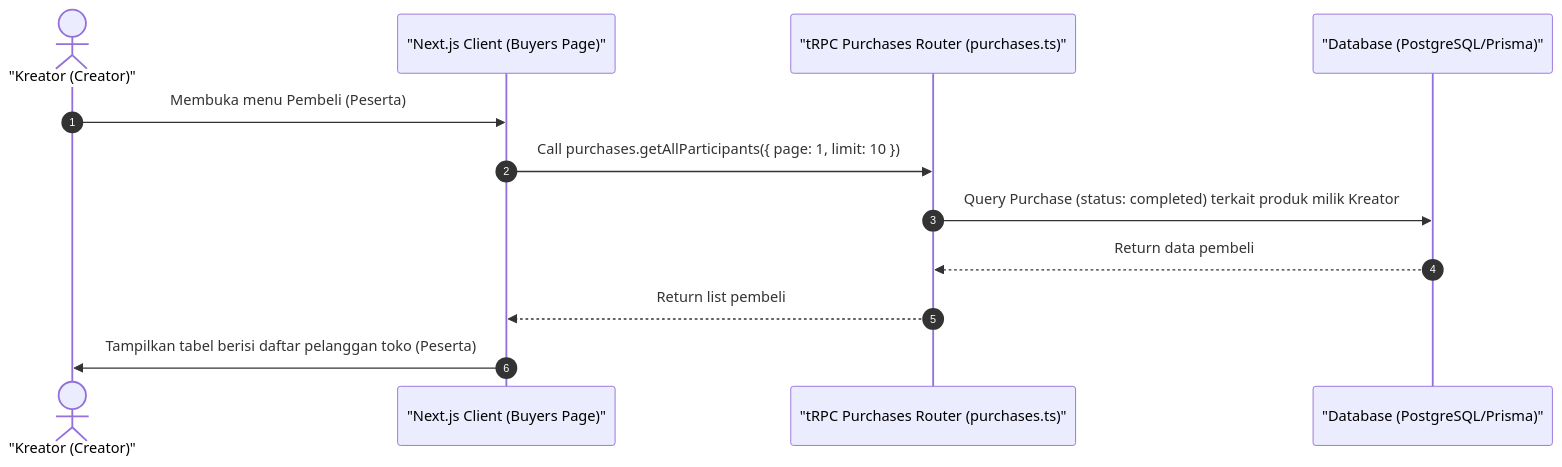
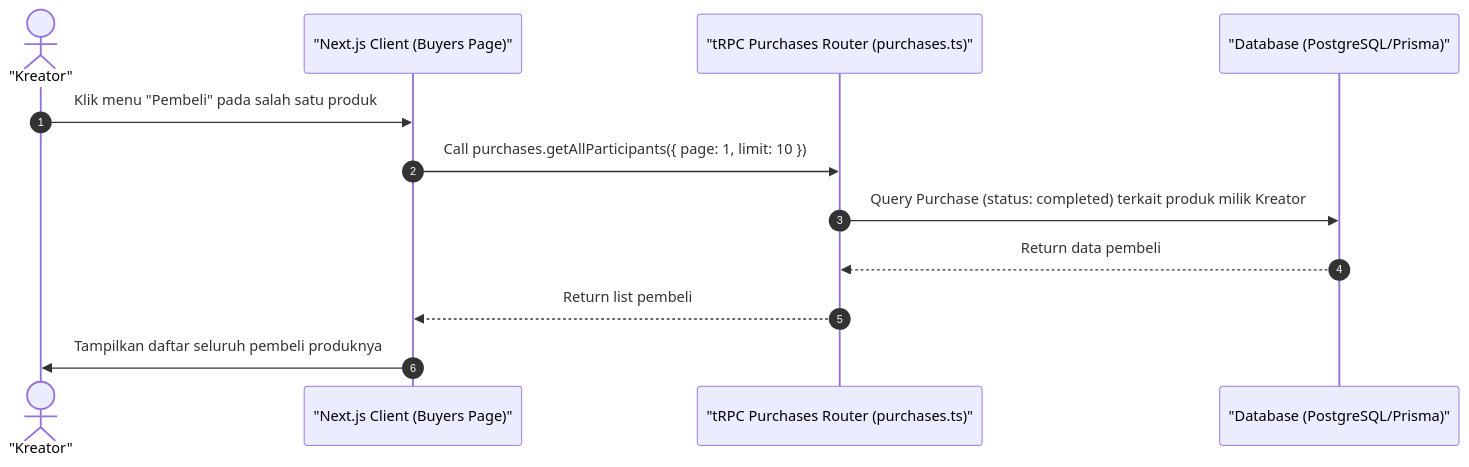
One commit to luputer/CuanIN changed the diagram in docs/22-creator-buyers-list.md. Above: the diagram before and after it, drawn with Mermaid. The commit also changed 53 other files, not shown here.

````diff
--- a/docs/22-creator-buyers-list.md
+++ b/docs/22-creator-buyers-list.md
@@ -5,16 +5,16 @@
 ```mermaid
 sequenceDiagram
     autonumber
-    actor Creator as "Kreator (Creator)"
+    actor Creator as "Kreator"
     participant Client as "Next.js Client (Buyers Page)"
     participant Server as "tRPC Purchases Router (purchases.ts)"
     participant DB as "Database (PostgreSQL/Prisma)"
 
-    Creator->>Client: Membuka menu Pembeli (Peserta)
+    Creator->>Client: Klik menu "Pembeli" pada salah satu produk
     Client->>Server: Call purchases.getAllParticipants({ page: 1, limit: 10 })
     Server->>DB: Query Purchase (status: completed) terkait produk milik Kreator
     DB-->>Server: Return data pembeli
     Server-->>Client: Return list pembeli
-    Client->>Creator: Tampilkan tabel berisi daftar pelanggan toko (Peserta)
+    Client->>Creator: Tampilkan daftar seluruh pembeli produknya
 
 ```
````
